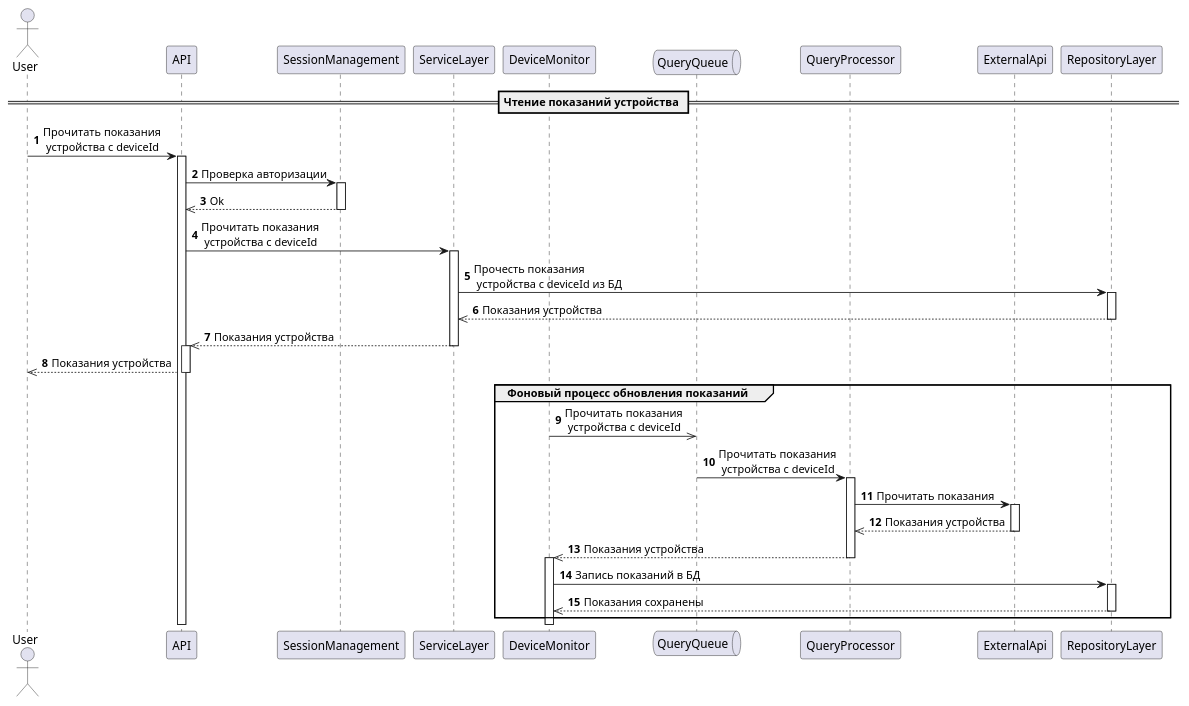
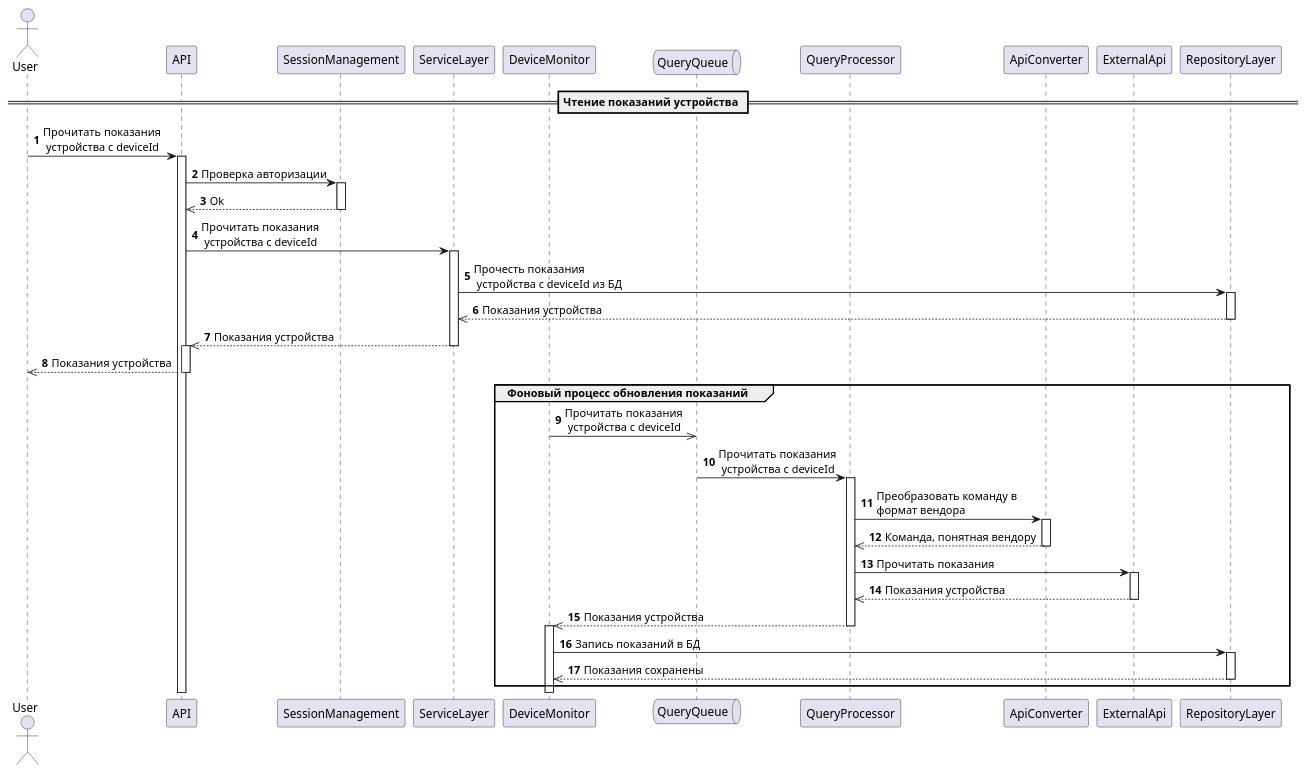
One commit to aputintsev/architecture-warmhouse changed the diagram in docs/plantuml/SequenseDiagram_ReadTelemetry.puml. Above: the diagram before and after it, drawn with PlantUML. The commit also changed 10 other files, not shown here.

```diff
--- a/docs/plantuml/SequenseDiagram_ReadTelemetry.puml
+++ b/docs/plantuml/SequenseDiagram_ReadTelemetry.puml
@@ -1,37 +1,40 @@
 @startuml
 'https://plantuml.com/sequence-diagram
 
 autonumber
 
 == Чтение показаний устройства ==
 
 actor User as user
 participant API as api
 participant SessionManagement as session
 participant ServiceLayer as service
 participant DeviceMonitor as monitor
 queue QueryQueue as q
 participant QueryProcessor as processor
+participant ApiConverter as converter
 participant ExternalApi as extApi
 participant RepositoryLayer as repository
 
 user -> api++: Прочитать показания\n устройства с deviceId
 api -> session++: Проверка авторизации
 session -->> api--: Ok
 api -> service++: Прочитать показания\n устройства с deviceId
 service -> repository++: Прочесть показания\n устройства с deviceId из БД
 repository -->> service--: Показания устройства
 service -->> api--++: Показания устройства
 api -->> user--: Показания устройства
 group Фоновый процесс обновления показаний
     monitor ->> q: Прочитать показания\n устройства с deviceId
     q -> processor++: Прочитать показания\n устройства с deviceId
+    processor -> converter++: Преобразовать команду в \nформат вендора
+    converter -->> processor--: Команда, понятная вендору
     processor -> extApi++: Прочитать показания
     extApi -->> processor--: Показания устройства
     processor -->> monitor--++: Показания устройства
     monitor -> repository++: Запись показаний в БД
     repository -->> monitor--: Показания сохранены
 end
 
 
 @enduml
```
